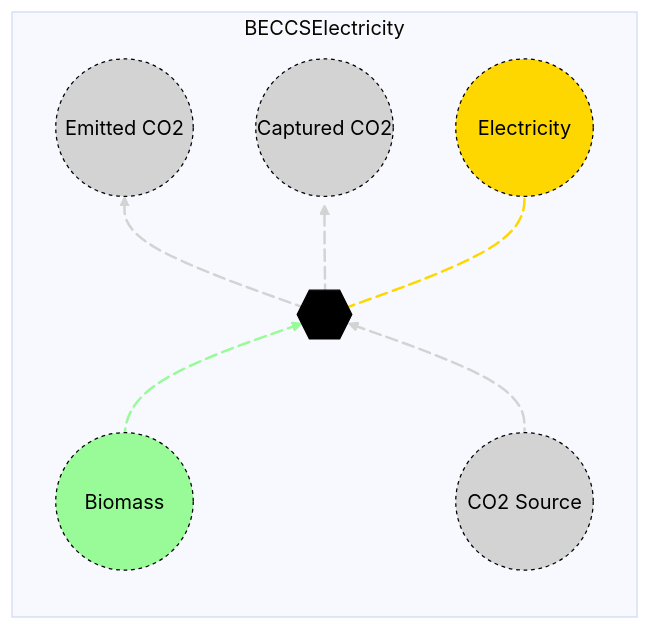
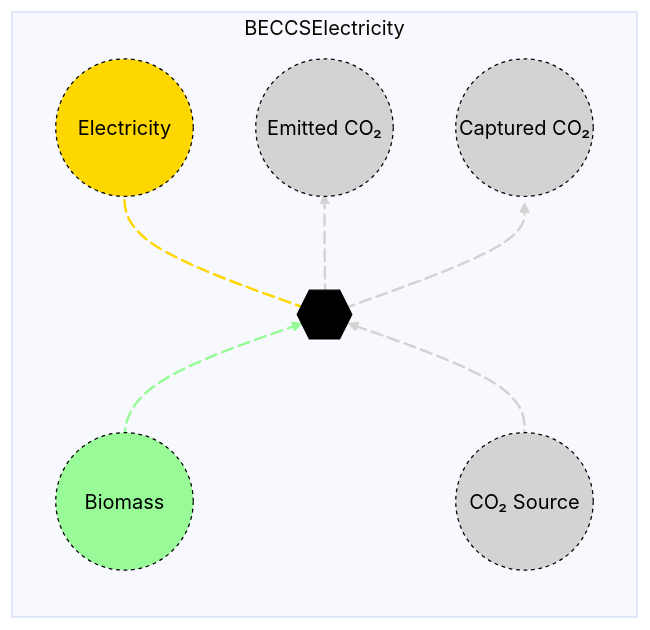
Before and after one commit to openmod-tracker/MacroEnergy.jl: the diagram in docs/src/Manual/assets/beccselectricity.md, drawn with Mermaid. The commit also changed other lines of this file and 14 other files, not shown here.

````diff
--- a/docs/src/Manual/assets/beccselectricity.md
+++ b/docs/src/Manual/assets/beccselectricity.md
@@ -24,27 +24,27 @@
 ```mermaid
 %%{init: {'theme': 'base', 'themeVariables': { 'background': '#D1EBDE' }}}%%
 flowchart LR
   subgraph BECCSElectricity
   direction BT
     B((Biomass)) e1@--> A{{..}}
-    C((CO2 Source)) e2@--> A
-    A e3@--> D((Emitted CO2))
-    A e4@--> E((Captured CO2))
-    A e5@--> F((Electricity))
+    C((CO₂ Source)) e2@--> A
+    A e5@--> D((Electricity))
+    A e3@--> E((Emitted CO₂))
+    A e4@--> F((Captured CO₂))
     e1@{ animate: true }
     e2@{ animate: true }
     e3@{ animate: true }
     e4@{ animate: true }
     e5@{ animate: true }
  end
     style A fill:black,stroke:black,color:black;
     style B r:55px,fill:palegreen,stroke:black,color:black, stroke-dasharray: 3,5;
     style C r:55px,fill:lightgray,stroke:black,color:black, stroke-dasharray: 3,5;
-    style D r:55px,fill:lightgray,stroke:black,color:black, stroke-dasharray: 3,5;
+    style D r:55px,fill:#FFD700,stroke:black,color:black, stroke-dasharray: 3,5;
     style E r:55px,fill:lightgray,stroke:black,color:black, stroke-dasharray: 3,5;
-    style F r:55px,fill:#FFD700,stroke:black,color:black, stroke-dasharray: 3,5;
+    style F r:55px,fill:lightgray,stroke:black,color:black, stroke-dasharray: 3,5;
 
     linkStyle 0 stroke:palegreen, stroke-width: 2px;
-    linkStyle 1,2,3 stroke:lightgray, stroke-width: 2px;
-    linkStyle 4 stroke:#FFD700, stroke-width: 2px;
+    linkStyle 1,3,4 stroke:lightgray, stroke-width: 2px;
+    linkStyle 2 stroke:#FFD700, stroke-width: 2px;
 ```
````
